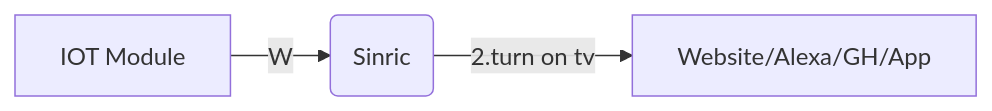
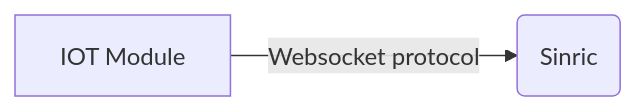
The diagram in protocol/messaging-overview.md (kakopappa/sinric-pro-help), drawn with Mermaid before and after one commit. The commit also changed other lines of this file, not shown here.

Commit message:
protocol/messaging-overview.md updated from https://stackedit.io/

````diff
--- a/protocol/messaging-overview.md
+++ b/protocol/messaging-overview.md
@@ -22,5 +22,4 @@
 ```mermaid
 graph LR
-A[IOT Module] -- W --> B(Sinric)
-B -- 2.turn on tv --> D[Website/Alexa/GH/App]
+A[IOT Module] -- Websocket protocol --> B(Sinric)
 ```
````
